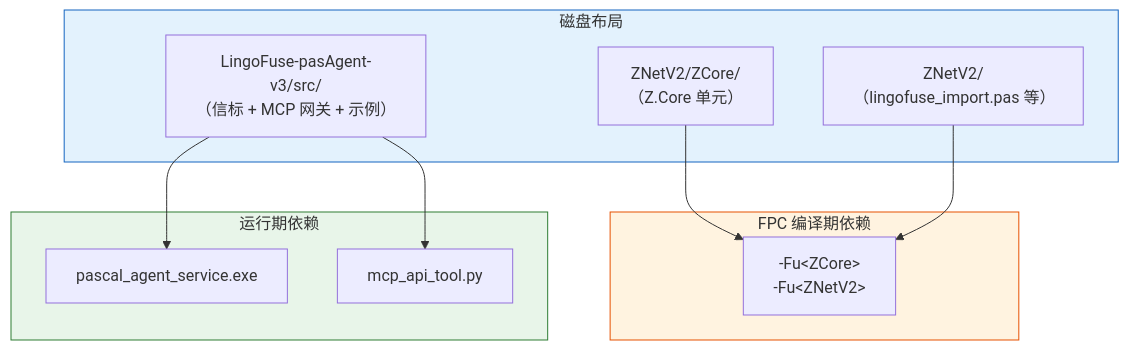
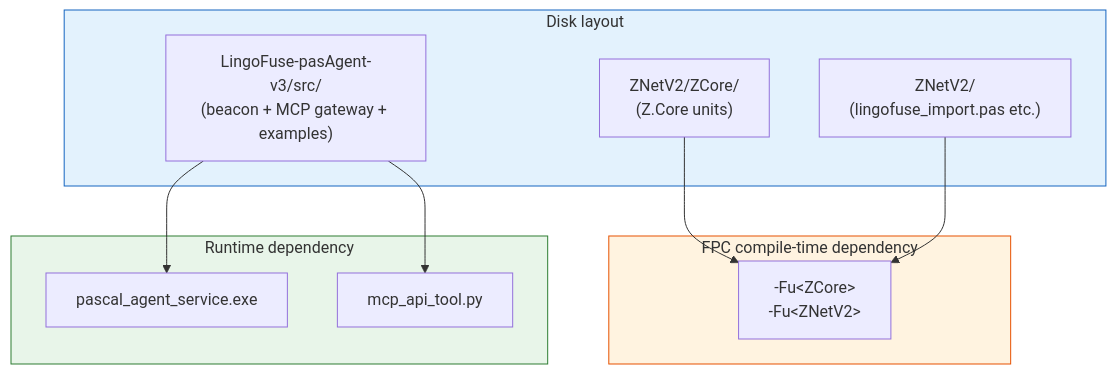
Before and after one commit to PassByYou888/LingoFuse-Tools: the third of 15 diagrams in src/pascal_c_to_mcp/code_decl_to_mcp_knowledge_base.md, drawn with Mermaid. The commit also changed other lines of this file, not shown here.

````diff
--- a/src/pascal_c_to_mcp/code_decl_to_mcp_knowledge_base.md
+++ b/src/pascal_c_to_mcp/code_decl_to_mcp_knowledge_base.md
@@ -169,26 +169,26 @@
 ```mermaid
 flowchart TD
-    subgraph Repos["磁盘布局"]
-        ZC["ZNetV2/ZCore/<br/>（Z.Core 单元）"]
-        ZN["ZNetV2/<br/>（lingofuse_import.pas 等）"]
-        V3["LingoFuse-pasAgent-v3/src/<br/>（信标 + MCP 网关 + 示例）"]
+    subgraph Repos["Disk layout"]
+        ZC["ZNetV2/ZCore/<br/>(Z.Core units)"]
+        ZN["ZNetV2/<br/>(lingofuse_import.pas etc.)"]
+        V3["LingoFuse-pasAgent-v3/src/<br/>(beacon + MCP gateway + examples)"]
     end
 
-    subgraph Compiler["FPC 编译期依赖"]
+    subgraph Compiler["FPC compile-time dependency"]
         CP["-Fu&lt;ZCore&gt;<br/>-Fu&lt;ZNetV2&gt;"]
     end
 
-    subgraph Runtime["运行期依赖"]
+    subgraph Runtime["Runtime dependency"]
         BEACON["pascal_agent_service.exe"]
         MCP["mcp_api_tool.py"]
     end
 
     ZC --> CP
     ZN --> CP
     V3 --> BEACON
     V3 --> MCP
 
     style Repos fill:#e3f2fd,stroke:#1565c0
     style Compiler fill:#fff3e0,stroke:#e65100
     style Runtime fill:#e8f5e9,stroke:#2e7d32
 ```
````
